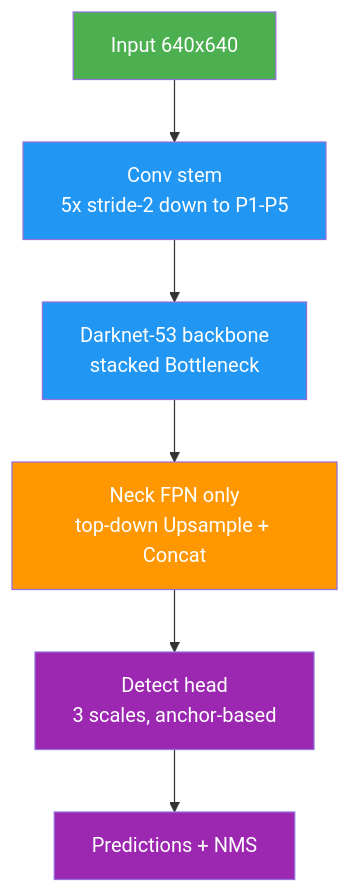
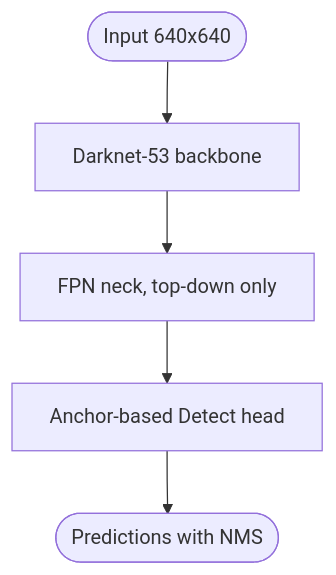
One commit to ultralytics/ultralytics changed the first of 5 diagrams in docs/en/guides/yolo-architecture.md. Above: the diagram before and after it, drawn with Mermaid. The commit also changed other lines of this file and 20 other files, not shown here.

Commit message:
Migrate docs Mermaid diagrams to the unified design system (#26573)

````diff
--- a/docs/en/guides/yolo-architecture.md
+++ b/docs/en/guides/yolo-architecture.md
@@ -32,12 +32,7 @@
     ```mermaid
     flowchart TD
-        IN[Input 640x640]:::start --> ST[Conv stem<br/>5x stride-2 down to P1-P5]:::proc
-        ST --> BB[Darknet-53 backbone<br/>stacked Bottleneck]:::proc
-        BB --> FPN[Neck FPN only<br/>top-down Upsample + Concat]:::decide
-        FPN --> HD[Detect head<br/>3 scales, anchor-based]:::out
-        HD --> O[Predictions + NMS]:::out
-        classDef start fill:#4CAF50,color:#fff
-        classDef proc fill:#2196F3,color:#fff
-        classDef decide fill:#FF9800,color:#fff
-        classDef out fill:#9C27B0,color:#fff
+        IN([Input 640x640]) --> BB[Darknet-53 backbone]
+        BB --> FPN["FPN neck, top-down only"]
+        FPN --> HD[Anchor-based Detect head]
+        HD --> O([Predictions with NMS])
     ```
````
